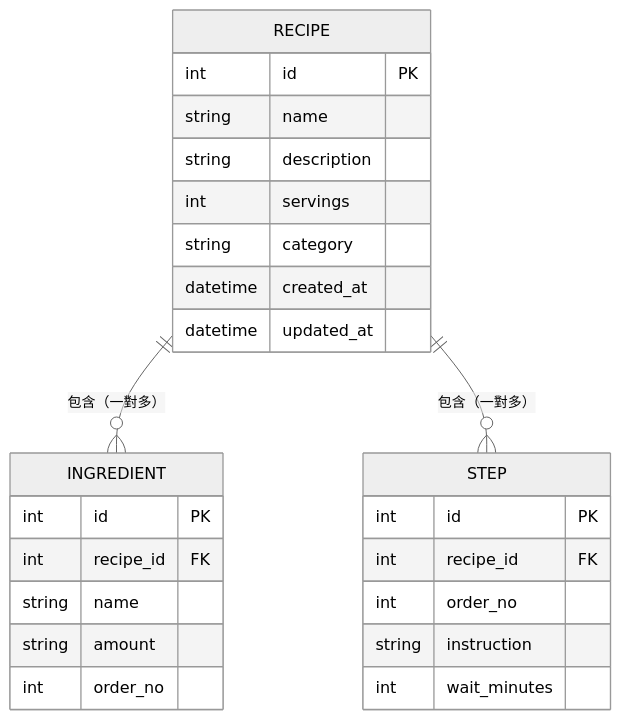
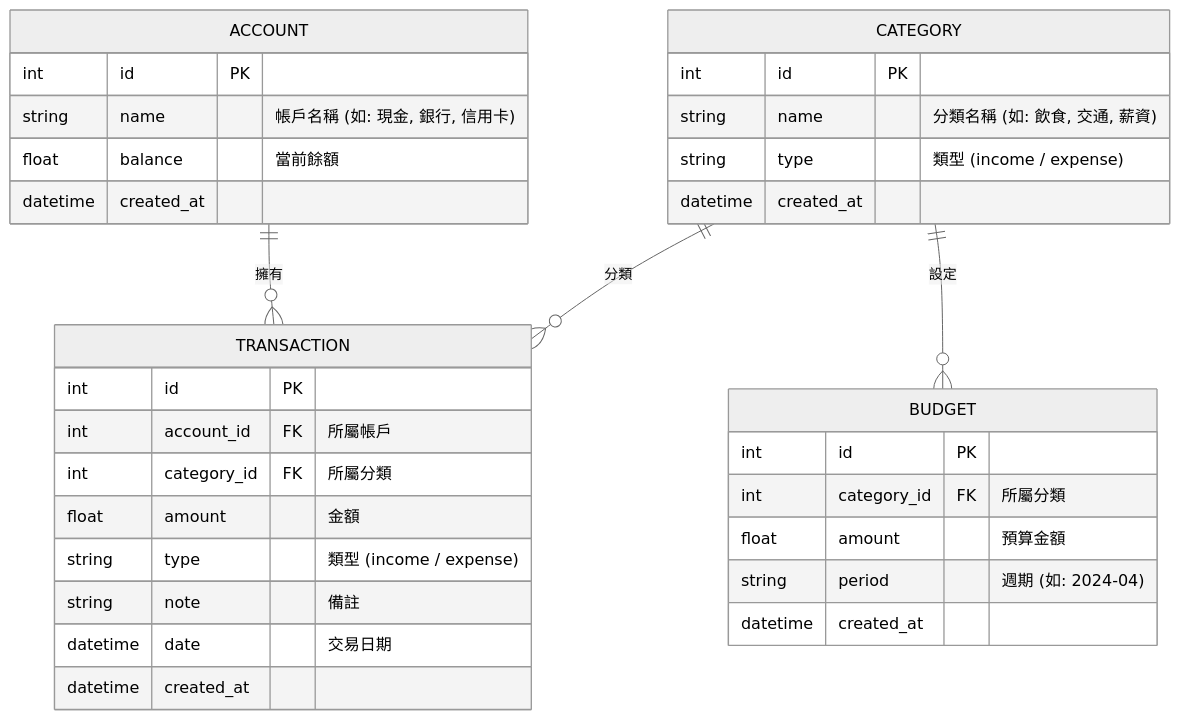
One commit to d1463704/web_app_development changed the diagram in docs/DB_DESIGN.md. Above: the diagram before and after it, drawn with Mermaid (neutral theme). The commit also changed other lines of this file and 7 other files, not shown here.

Commit message:
feat: add database schema and models

````diff
--- a/docs/DB_DESIGN.md
+++ b/docs/DB_DESIGN.md
@@ -5,29 +5,39 @@
 ```mermaid
 erDiagram
-    RECIPE {
+    ACCOUNT ||--o{ TRANSACTION : "擁有"
+    CATEGORY ||--o{ TRANSACTION : "分類"
+    CATEGORY ||--o{ BUDGET : "設定"
+
+    ACCOUNT {
         int id PK
-        string name
-        string description
-        int servings
-        string category
+        string name "帳戶名稱 (如: 現金, 銀行, 信用卡)"
+        float balance "當前餘額"
         datetime created_at
-        datetime updated_at
-    }
-    INGREDIENT {
-        int id PK
-        int recipe_id FK
-        string name
-        string amount
-        int order_no
-    }
-    STEP {
-        int id PK
-        int recipe_id FK
-        int order_no
-        string instruction
-        int wait_minutes
     }
 
-    RECIPE ||--o{ INGREDIENT : "包含（一對多）"
-    RECIPE ||--o{ STEP : "包含（一對多）"
+    CATEGORY {
+        int id PK
+        string name "分類名稱 (如: 飲食, 交通, 薪資)"
+        string type "類型 (income / expense)"
+        datetime created_at
+    }
+
+    TRANSACTION {
+        int id PK
+        int account_id FK "所屬帳戶"
+        int category_id FK "所屬分類"
+        float amount "金額"
+        string type "類型 (income / expense)"
+        string note "備註"
+        datetime date "交易日期"
+        datetime created_at
+    }
+
+    BUDGET {
+        int id PK
+        int category_id FK "所屬分類"
+        float amount "預算金額"
+        string period "週期 (如: 2024-04)"
+        datetime created_at
+    }
 ```
````
